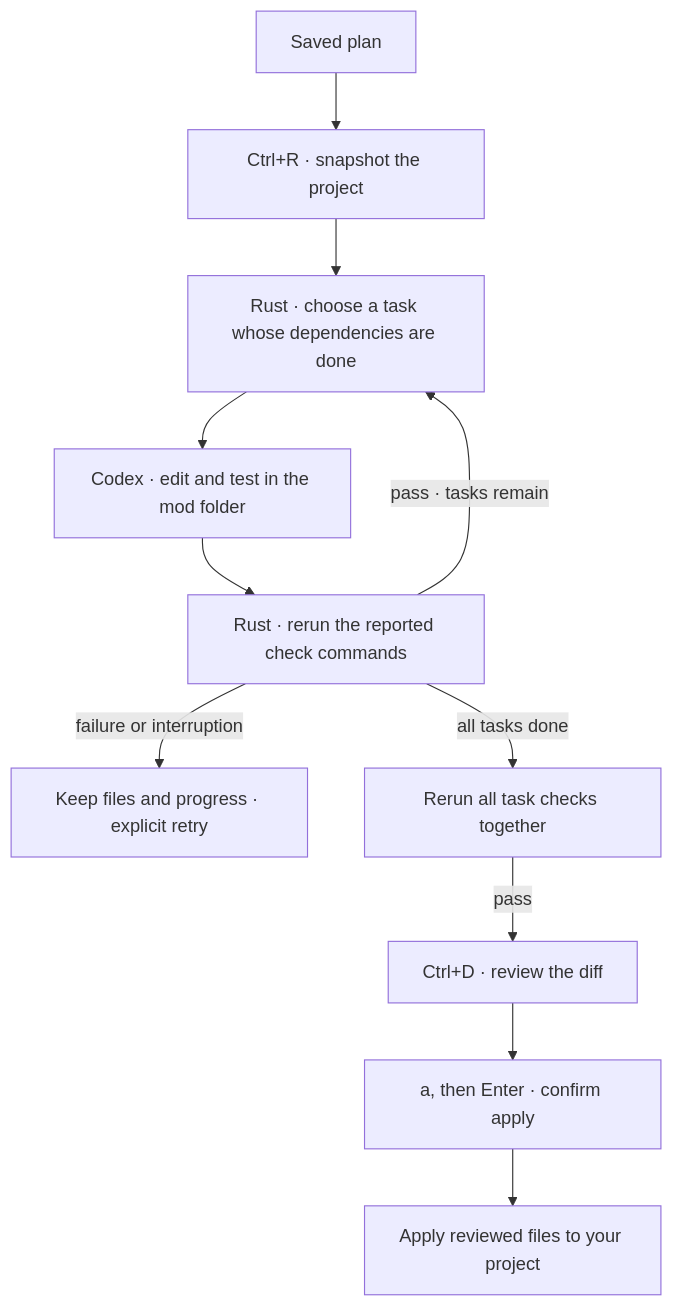
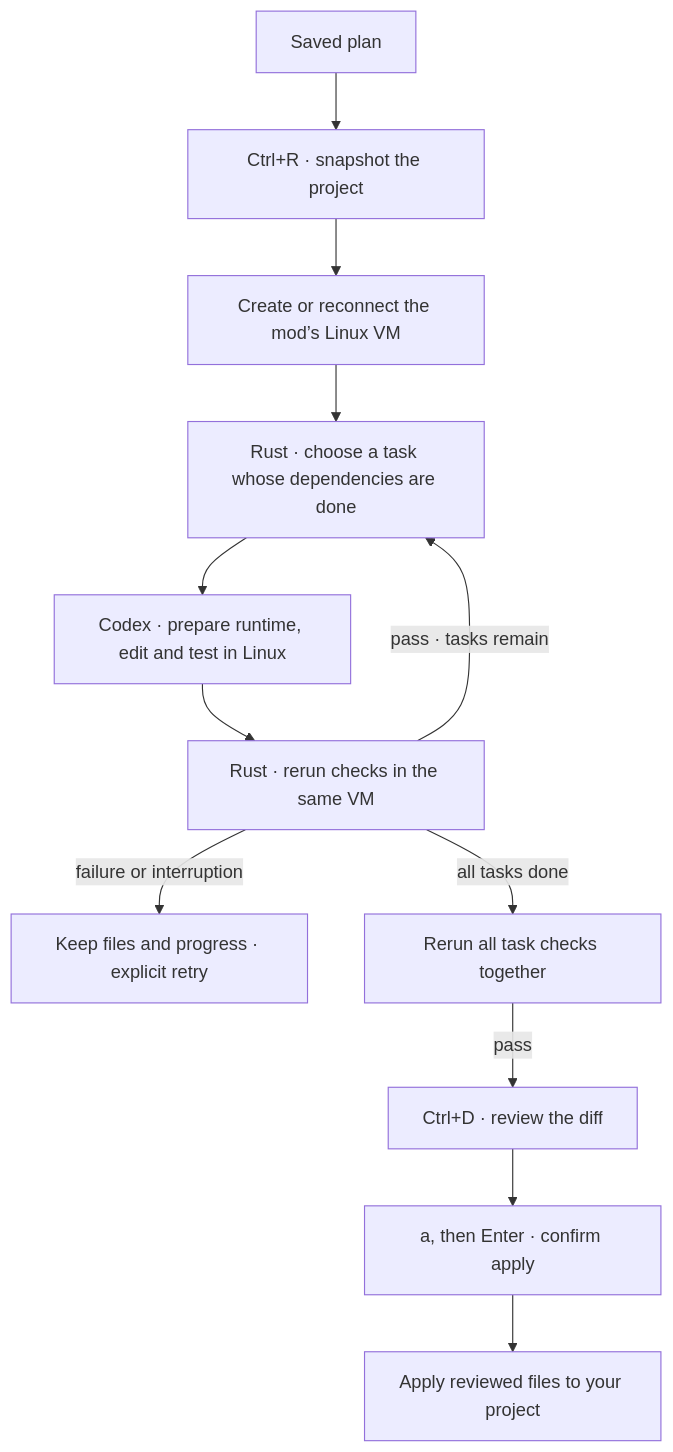
The diagram in docs/execution.md (minimumeffort-dev/sprowt.harness), drawn with Mermaid before and after one commit. The commit also changed other lines of this file and 22 other files, not shown here.

````diff
--- a/docs/execution.md
+++ b/docs/execution.md
@@ -5,13 +5,14 @@
 ```mermaid
 flowchart TB
     plan["Saved plan"] --> start["Ctrl+R · snapshot the project"]
-    start --> choose["Rust · choose a task whose dependencies are done"]
-    choose --> worker["Codex · edit and test in the mod folder"]
-    worker --> checks["Rust · rerun the reported check commands"]
+    start --> vm["Create or reconnect the mod’s Linux VM"]
+    vm --> choose["Rust · choose a task whose dependencies are done"]
+    choose --> worker["Codex · prepare runtime, edit and test in Linux"]
+    worker --> checks["Rust · rerun checks in the same VM"]
     checks -->|"pass · tasks remain"| choose
     checks -->|"failure or interruption"| paused["Keep files and progress · explicit retry"]
     checks -->|"all tasks done"| final["Rerun all task checks together"]
     final -->|"pass"| review["Ctrl+D · review the diff"]
     review --> confirm["a, then Enter · confirm apply"]
     confirm --> project["Apply reviewed files to your project"]
 ```
````
